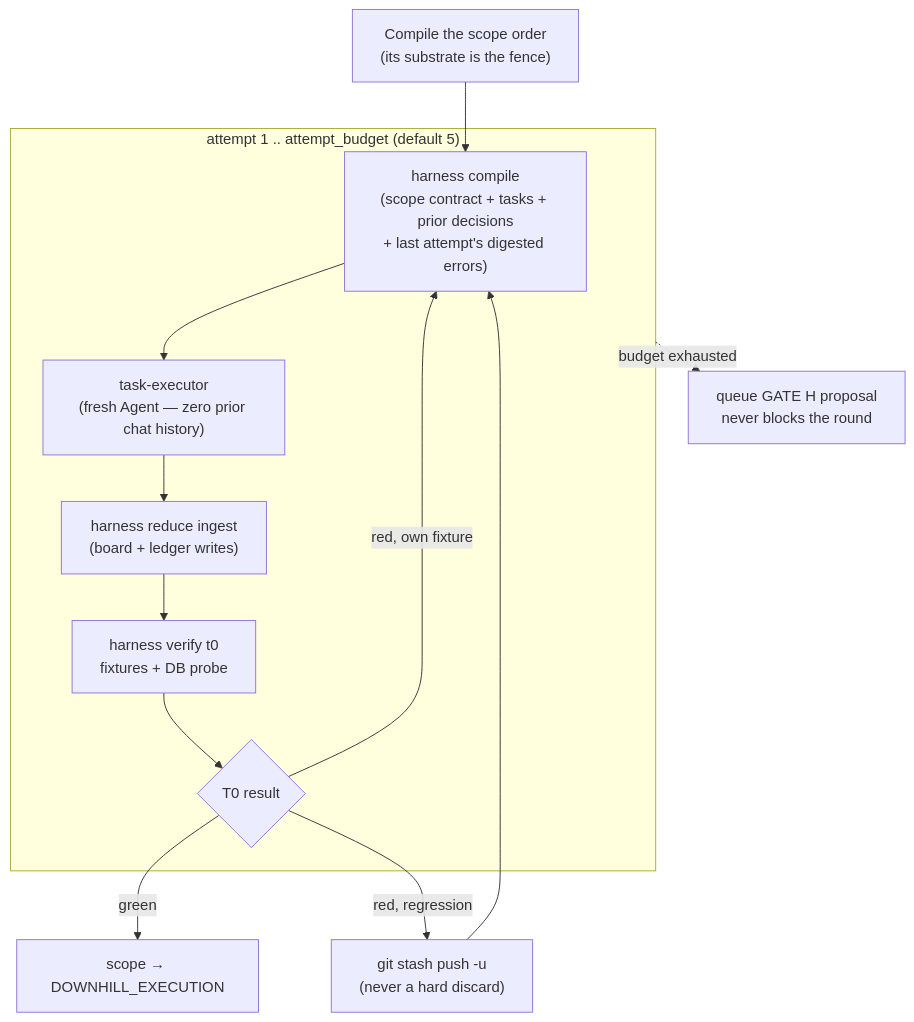
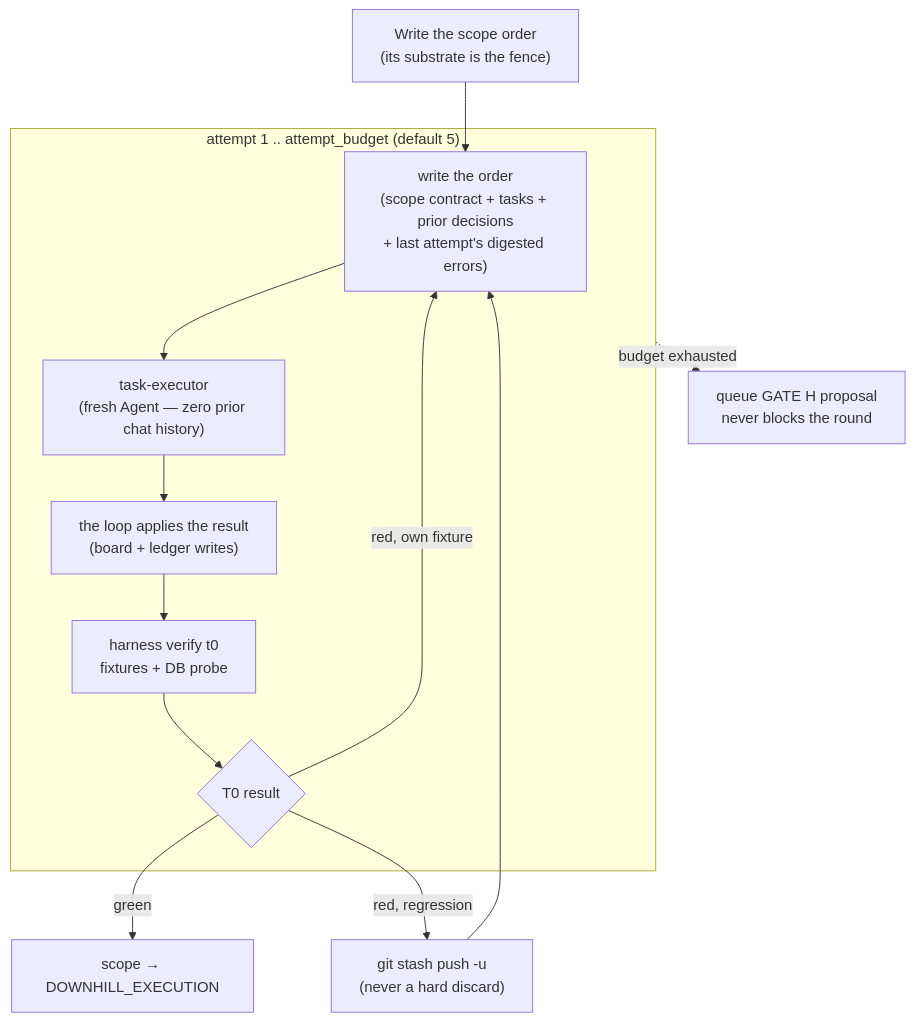
One commit to nguyenvanphituoc/shapeup-sdlc-plugin changed the diagram in docs/design/04-functional-design.md. Above: the diagram before and after it, drawn with Mermaid. The commit also changed other lines of this file and 14 other files, not shown here.

````diff
--- a/docs/design/04-functional-design.md
+++ b/docs/design/04-functional-design.md
@@ -22,14 +21,14 @@
 ```mermaid
 flowchart TD
-    S0["Compile the scope order\n(its substrate is the fence)"] --> A1
+    S0["Write the scope order\n(its substrate is the fence)"] --> A1
     subgraph LOOP["attempt 1 .. attempt_budget (default 5)"]
-      A1["harness compile\n(scope contract + tasks + prior decisions\n+ last attempt's digested errors)"] --> A2["task-executor\n(fresh Agent — zero prior chat history)"]
-      A2 --> A3["harness reduce ingest\n(board + ledger writes)"]
+      A1["write the order\n(scope contract + tasks + prior decisions\n+ last attempt's digested errors)"] --> A2["task-executor\n(fresh Agent — zero prior chat history)"]
+      A2 --> A3["the loop applies the result\n(board + ledger writes)"]
       A3 --> A6["harness verify t0\nfixtures + DB probe"]
       A6 --> A7{"T0 result"}
     end
     A7 -- green --> DONE["scope → DOWNHILL_EXECUTION"]
     A7 -- "red, regression" --> STASH["git stash push -u\n(never a hard discard)"] --> A1
     A7 -- "red, own fixture" --> A1
     LOOP -. budget exhausted .-> HAMMER["queue GATE H proposal\nnever blocks the round"]
 ```
````
